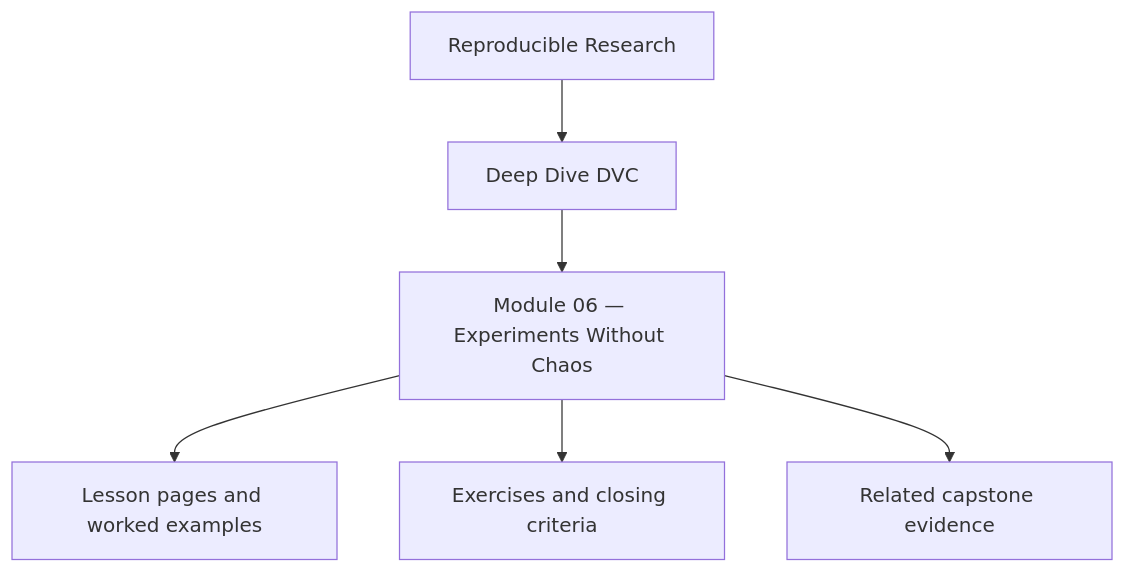
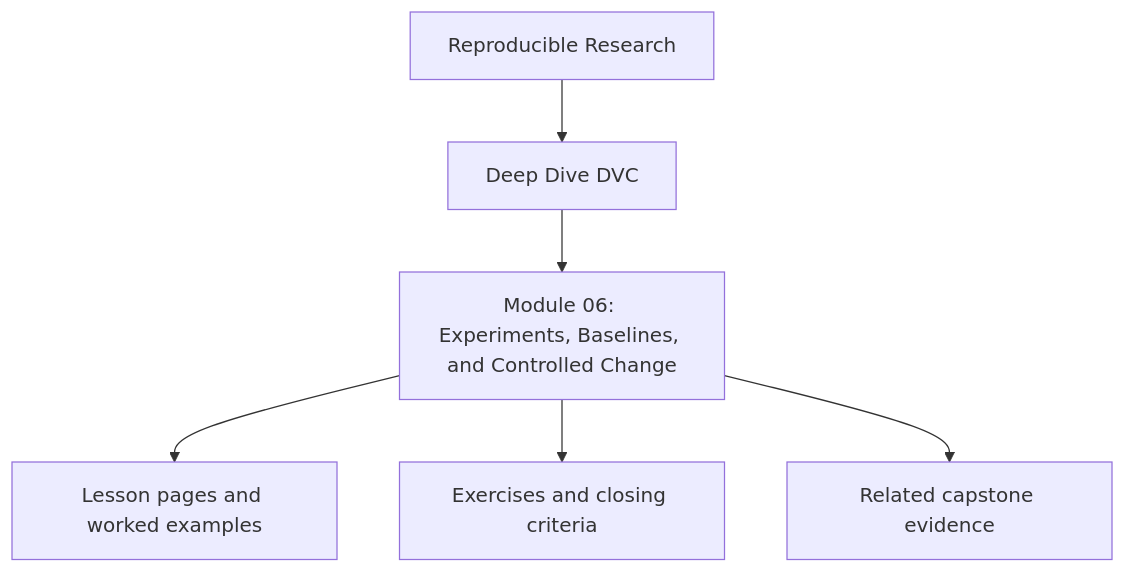
Before and after one commit to bijux/bijux-masterclass: the first of 4 diagrams in programs/reproducible-research/deep-dive-dvc/course-book/module-06-experiments-without-chaos/index.md, drawn with Mermaid. The commit also changed other lines of this file and 241 other files, not shown here.

````diff
--- a/programs/reproducible-research/deep-dive-dvc/course-book/module-06-experiments-without-chaos/index.md
+++ b/programs/reproducible-research/deep-dive-dvc/course-book/module-06-experiments-without-chaos/index.md
@@ -7,8 +7,8 @@
 ```mermaid
 flowchart TD
   family["Reproducible Research"] --> program["Deep Dive DVC"]
-  program --> module["Module 06 — Experiments Without Chaos"]
+  program --> module["Module 06: Experiments, Baselines, and Controlled Change"]
   module --> lessons["Lesson pages and worked examples"]
   module --> checkpoints["Exercises and closing criteria"]
   module --> capstone["Related capstone evidence"]
 ```
````
